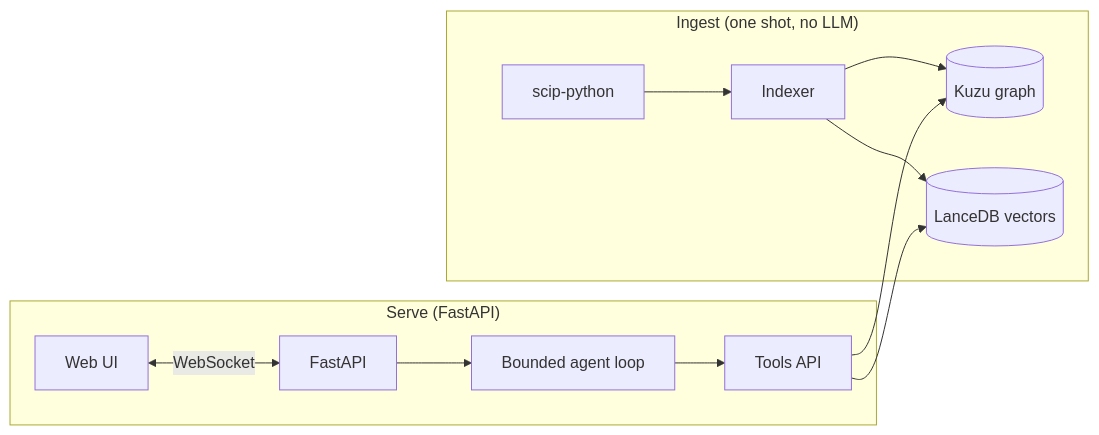
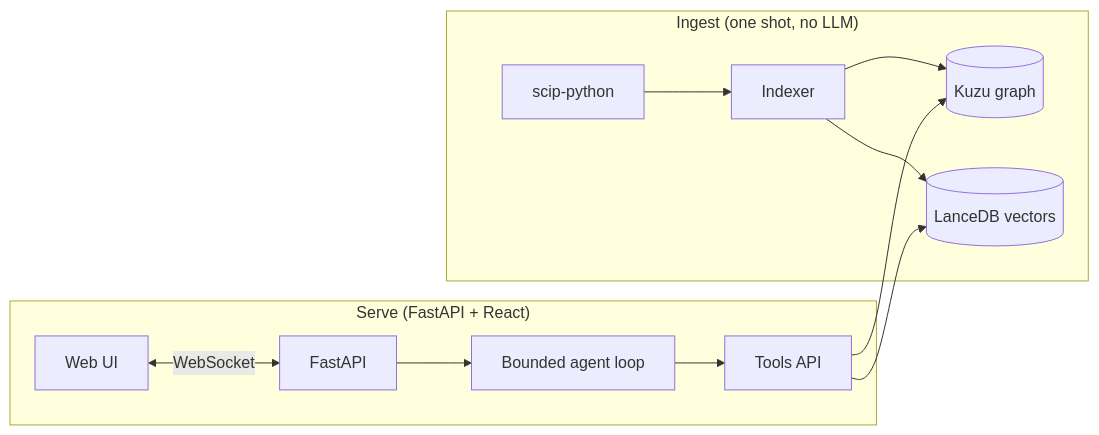
One commit to ajbermudezh22/codescope changed the diagram in README.md. Above: the diagram before and after it, drawn with Mermaid. The commit also changed other lines of this file, not shown here.

````diff
--- a/README.md
+++ b/README.md
@@ -55,15 +5,15 @@
 ```mermaid
 flowchart LR
   subgraph Ingest["Ingest (one shot, no LLM)"]
     A[scip-python] --> B[Indexer]
     B --> C[(Kuzu graph)]
     B --> D[(LanceDB vectors)]
   end
-  subgraph Serve["Serve (FastAPI)"]
+  subgraph Serve["Serve (FastAPI + React)"]
     UI[Web UI] <-->|WebSocket| FAPI[FastAPI]
     FAPI --> AG[Bounded agent loop]
     AG --> T[Tools API]
     T --> C
     T --> D
   end
 ```
````
